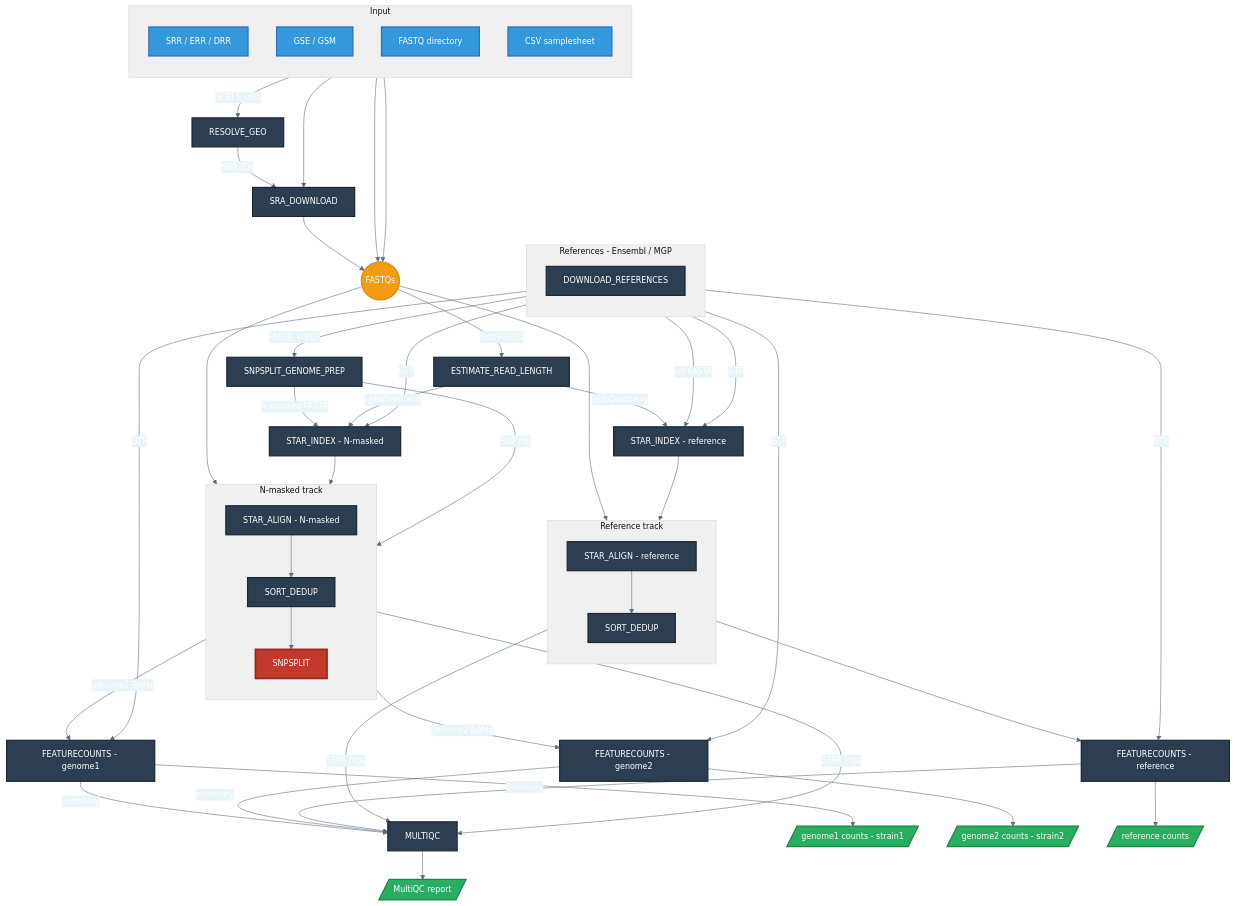
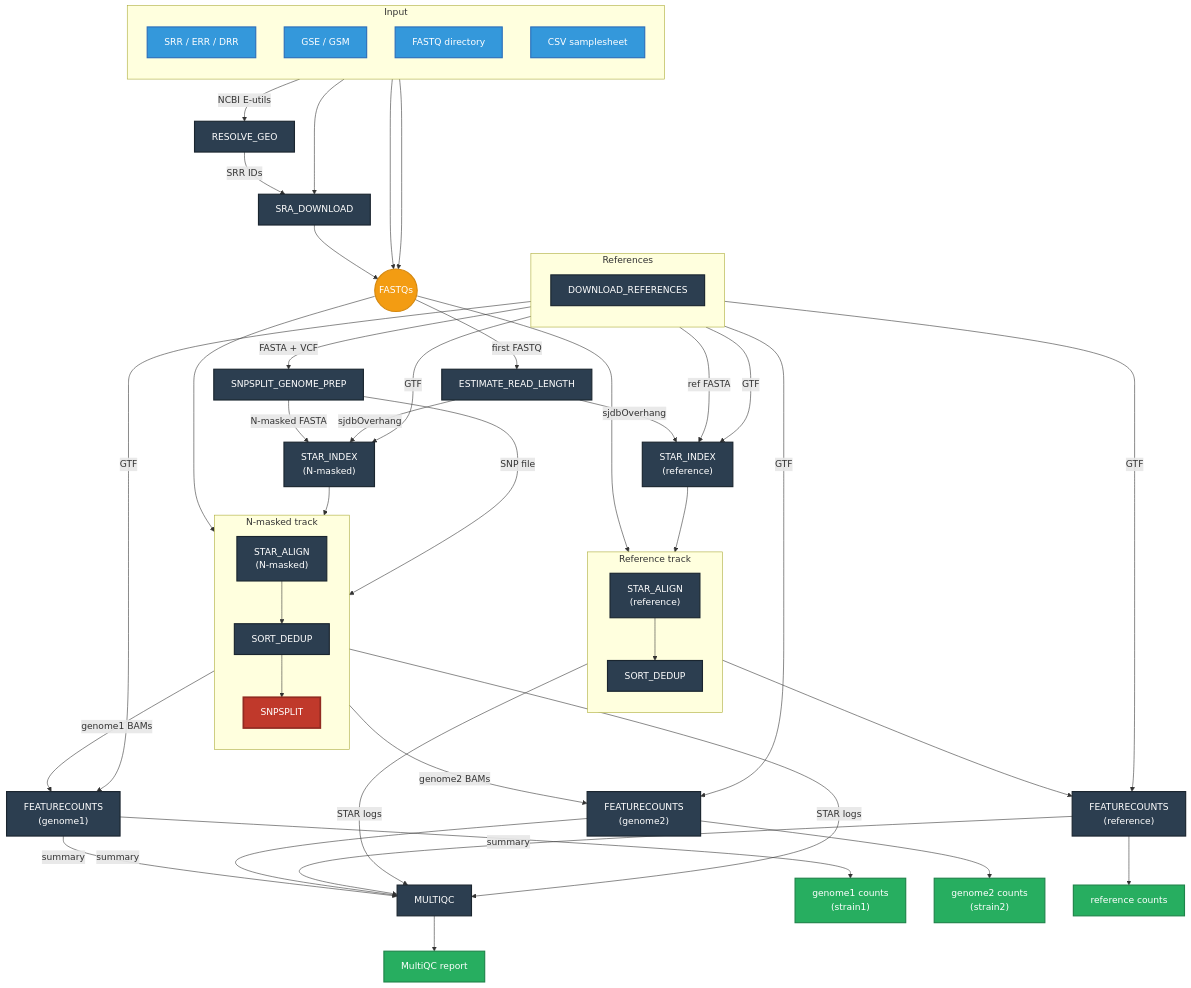
The diagram in README.md (IPNP-BIPN/SPLIT), drawn with Mermaid before and after one commit.

Commit message:
fix: quote all Mermaid labels, remove init block and parallelogram syntax

````diff
--- a/README.md
+++ b/README.md
@@ -15,79 +15,77 @@
 ```mermaid
-%%{init: {'theme': 'base', 'themeVariables': {'primaryColor': '#4a90d9', 'primaryTextColor': '#fff', 'primaryBorderColor': '#2c6fbb', 'lineColor': '#5a6d7e', 'secondaryColor': '#e8f4f8', 'tertiaryColor': '#f0f0f0', 'fontSize': '14px'}}}%%
-
 flowchart TD
-    subgraph INPUT [Input]
+    subgraph INPUT ["Input"]
         direction TB
-        SRA[SRR / ERR / DRR]
-        GEO[GSE / GSM]
-        FQ_DIR[FASTQ directory]
-        CSV[CSV samplesheet]
+        SRA["SRR / ERR / DRR"]
+        GEO["GSE / GSM"]
+        FQ_DIR["FASTQ directory"]
+        CSV["CSV samplesheet"]
     end
 
-    GEO -->|NCBI E-utils| RESOLVE_GEO[RESOLVE_GEO]
-    SRA --> SRA_DOWNLOAD[SRA_DOWNLOAD]
-    RESOLVE_GEO -->|SRR IDs| SRA_DOWNLOAD
-    FQ_DIR --> FASTQS((FASTQs))
+    GEO -->|"NCBI E-utils"| RESOLVE_GEO["RESOLVE_GEO"]
+    SRA --> SRA_DOWNLOAD["SRA_DOWNLOAD"]
+    RESOLVE_GEO -->|"SRR IDs"| SRA_DOWNLOAD
+    FQ_DIR --> FASTQS(("FASTQs"))
     CSV --> FASTQS
     SRA_DOWNLOAD --> FASTQS
 
-    subgraph REFS [References - Ensembl / MGP]
+    subgraph REFS ["References"]
         direction TB
-        DOWNLOAD[DOWNLOAD_REFERENCES]
+        DOWNLOAD["DOWNLOAD_REFERENCES"]
     end
 
-    DOWNLOAD -->|FASTA + VCF| SNPSPLIT_PREP[SNPSPLIT_GENOME_PREP]
+    DOWNLOAD -->|"FASTA + VCF"| SNPSPLIT_PREP["SNPSPLIT_GENOME_PREP"]
 
-    FASTQS -->|first FASTQ| READ_LEN[ESTIMATE_READ_LENGTH]
+    FASTQS -->|"first FASTQ"| READ_LEN["ESTIMATE_READ_LENGTH"]
 
-    SNPSPLIT_PREP -->|N-masked FASTA| IDX_NMASK[STAR_INDEX - N-masked]
-    DOWNLOAD -->|ref FASTA| IDX_REF[STAR_INDEX - reference]
-    DOWNLOAD -->|GTF| IDX_NMASK
-    DOWNLOAD -->|GTF| IDX_REF
-    READ_LEN -->|sjdbOverhang| IDX_NMASK
-    READ_LEN -->|sjdbOverhang| IDX_REF
+    SNPSPLIT_PREP -->|"N-masked FASTA"| IDX_NMASK["STAR_INDEX\n(N-masked)"]
+    DOWNLOAD -->|"ref FASTA"| IDX_REF["STAR_INDEX\n(reference)"]
+    DOWNLOAD -->|"GTF"| IDX_NMASK
+    DOWNLOAD -->|"GTF"| IDX_REF
+    READ_LEN -->|"sjdbOverhang"| IDX_NMASK
+    READ_LEN -->|"sjdbOverhang"| IDX_REF
 
-    subgraph NMASK_TRACK [N-masked track]
+    subgraph NMASK_TRACK ["N-masked track"]
         direction TB
-        ALIGN_NM[STAR_ALIGN - N-masked]
-        SORT_NM[SORT_DEDUP]
-        SPLIT_ALLELE[SNPSPLIT]
+        ALIGN_NM["STAR_ALIGN\n(N-masked)"]
+        SORT_NM["SORT_DEDUP"]
+        SPLIT_ALLELE["SNPSPLIT"]
     end
 
     FASTQS --> ALIGN_NM
     IDX_NMASK --> ALIGN_NM
     ALIGN_NM --> SORT_NM
     SORT_NM --> SPLIT_ALLELE
-    SNPSPLIT_PREP -->|SNP file| SPLIT_ALLELE
+    SNPSPLIT_PREP -->|"SNP file"| SPLIT_ALLELE
 
-    subgraph REF_TRACK [Reference track]
+    subgraph REF_TRACK ["Reference track"]
         direction TB
-        ALIGN_REF[STAR_ALIGN - reference]
-        SORT_REF[SORT_DEDUP]
+        ALIGN_REF["STAR_ALIGN\n(reference)"]
+        SORT_REF["SORT_DEDUP"]
     end
 
     FASTQS --> ALIGN_REF
     IDX_REF --> ALIGN_REF
     ALIGN_REF --> SORT_REF
 
-    SPLIT_ALLELE -->|genome1 BAMs| FC_G1[FEATURECOUNTS - genome1]
-    SPLIT_ALLELE -->|genome2 BAMs| FC_G2[FEATURECOUNTS - genome2]
-    SORT_REF --> FC_REF[FEATURECOUNTS - reference]
+    SPLIT_ALLELE -->|"genome1 BAMs"| FC_G1["FEATURECOUNTS\n(genome1)"]
+    SPLIT_ALLELE -->|"genome2 BAMs"| FC_G2["FEATURECOUNTS\n(genome2)"]
+    SORT_REF --> FC_REF["FEATURECOUNTS\n(reference)"]
 
-    DOWNLOAD -->|GTF| FC_G1
-    DOWNLOAD -->|GTF| FC_G2
-    DOWNLOAD -->|GTF| FC_REF
+    DOWNLOAD -->|"GTF"| FC_G1
+    DOWNLOAD -->|"GTF"| FC_G2
+    DOWNLOAD -->|"GTF"| FC_REF
 
-    ALIGN_NM -->|STAR logs| MULTIQC[MULTIQC]
-    ALIGN_REF -->|STAR logs| MULTIQC
-    FC_G1 -->|summary| MULTIQC
-    FC_G2 -->|summary| MULTIQC
-    FC_REF -->|summary| MULTIQC
+    ALIGN_NM -->|"STAR logs"| MULTIQC["MULTIQC"]
+    ALIGN_REF -->|"STAR logs"| MULTIQC
+    FC_G1 -->|"summary"| MULTIQC
+    FC_G2 -->|"summary"| MULTIQC
+    FC_REF -->|"summary"| MULTIQC
 
-    FC_G1 --> OUT_G1[/genome1 counts - strain1/]
-    FC_G2 --> OUT_G2[/genome2 counts - strain2/]
-    FC_REF --> OUT_REF[/reference counts/]
-    MULTIQC --> OUT_QC[/MultiQC report/]
+    FC_G1 --> OUT_G1["genome1 counts\n(strain1)"]
+    FC_G2 --> OUT_G2["genome2 counts\n(strain2)"]
+    FC_REF --> OUT_REF["reference counts"]
+    MULTIQC --> OUT_QC["MultiQC report"]
 
     classDef inputStyle fill:#3498db,stroke:#2c6fbb,color:#fff,stroke-width:2px
     classDef processStyle fill:#2c3e50,stroke:#1a252f,color:#fff,stroke-width:2px
````
